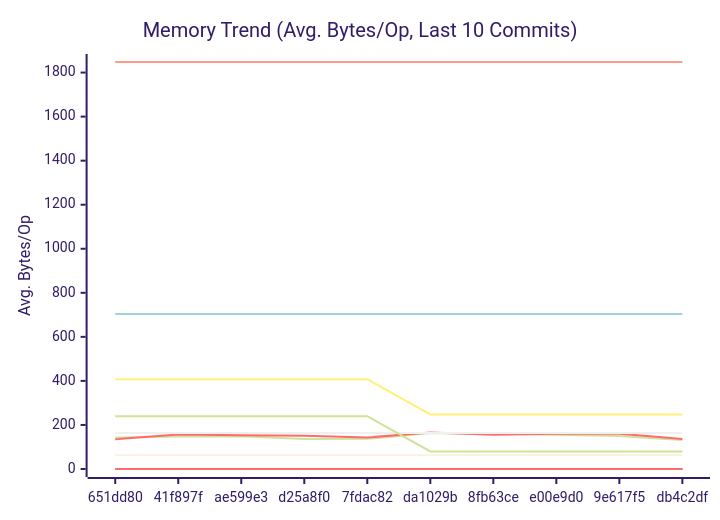
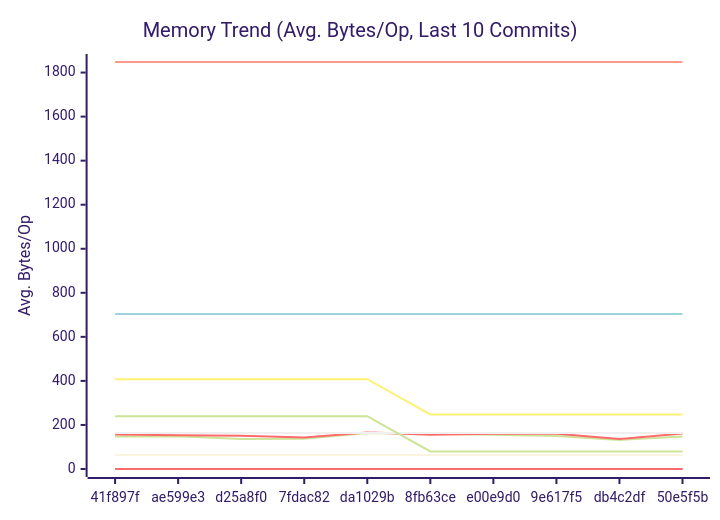
Before and after one commit to alsotoes/momo: the second of 3 diagrams in docs/PERFORMANCE.md, drawn with Mermaid (forest theme). The commit also changed other lines of this file and 3 other files, not shown here.

````diff
--- a/docs/PERFORMANCE.md
+++ b/docs/PERFORMANCE.md
@@ -171,20 +171,20 @@
 ```mermaid
 xychart-beta
     title "Memory Trend (Avg. Bytes/Op, Last 10 Commits)"
     x-axis "Commit"
     y-axis "Avg. Bytes/Op"
-    x-axis [651dd80,41f897f,ae599e3,d25a8f0,7fdac82,da1029b,8fb63ce,e00e9d0,9e617f5,db4c2df]
-    line "AWSChunkedReaderSigned" [143,148,149,136,137,163,160,155,150,132]
-    line "AWSChunkedReaderUnsigned" [135,157,153,151,143,166,156,160,160,136]
+    x-axis [41f897f,ae599e3,d25a8f0,7fdac82,da1029b,8fb63ce,e00e9d0,9e617f5,db4c2df,50e5f5b]
+    line "AWSChunkedReaderSigned" [148,149,136,137,163,160,155,150,132,148]
+    line "AWSChunkedReaderUnsigned" [157,153,151,143,166,156,160,160,136,161]
     line "CheckMetricsAndSwap" [0,0,0,0,0,0,0,0,0,0]
     line "CrushOptimized" [0,0,0,0,0,0,0,0,0,0]
     line "CrushOriginal" [164,164,164,164,164,164,164,164,164,164]
     line "IndexDirectTracking" [0,0,0,0,0,0,0,0,0,0]
     line "IndexSearch" [0,0,0,0,0,0,0,0,0,0]
     line "LoadGlobalConfig" [1848,1848,1848,1848,1848,1848,1848,1848,1848,1848]
     line "PadString" [64,64,64,64,64,64,64,64,64,64]
     line "ParseReplicationOrder_NoPrealloc" [408,408,408,408,408,248,248,248,248,248]
     line "ParseReplicationOrder_Prealloc" [240,240,240,240,240,80,80,80,80,80]
     line "SanitizeLog/Safe" [0,0,0,0,0,0,0,0,0,0]
     line "SanitizeLog/Unsafe" [704,704,704,704,704,704,704,704,704,704]
 ```
````
